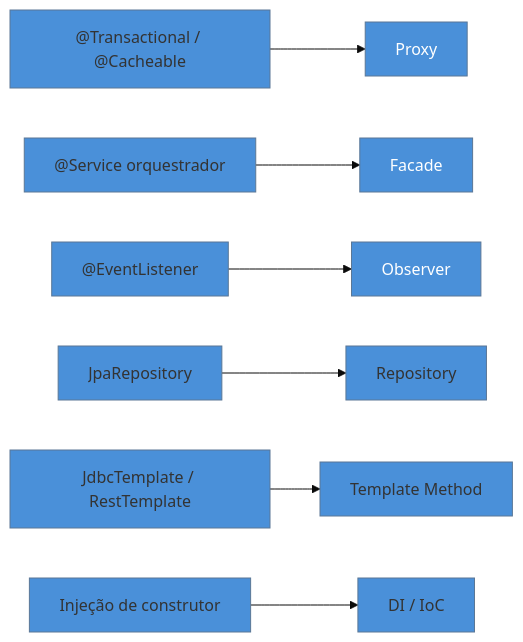
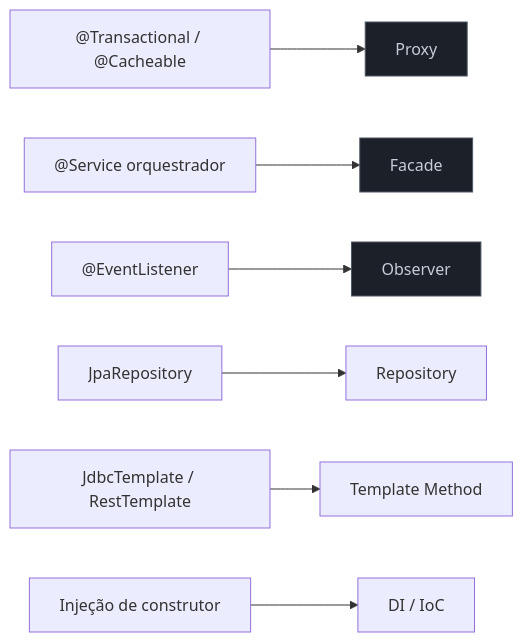
One commit to josenaldo/codex-technomanticus changed the diagram in 03-Dominios/Engenharia/Design de Software/Padrões de Projeto/Clássicos (GoF)/22 - Reconhecer GoF nos frameworks.md. Above: the diagram before and after it, drawn with Mermaid. The commit also changed 1181 other files, not shown here.

First line of the commit message:
fix(diagramas): paleta do sistema no lugar de cor cravada no markdown

````diff
--- a/03-Dominios/Engenharia/Design de Software/Padrões de Projeto/Clássicos (GoF)/22 - Reconhecer GoF nos frameworks.md
+++ b/03-Dominios/Engenharia/Design de Software/Padrões de Projeto/Clássicos (GoF)/22 - Reconhecer GoF nos frameworks.md
@@ -32,14 +32,14 @@
 ```mermaid
-%%{init: {"theme": "base", "themeVariables": {"primaryColor": "#4A90D9"}}}%%
 graph LR
+    classDef neutro fill:#1B2029,stroke:#4E5666,color:#C6CCD8
     T["@Transactional / @Cacheable"] --> Proxy
     S["@Service orquestrador"] --> Facade
     E["@EventListener"] --> Observer
     R["JpaRepository"] --> Repository
     J["JdbcTemplate / RestTemplate"] --> TemplateMethod["Template Method"]
     D["Injeção de construtor"] --> IoC["DI / IoC"]
 
-    style Proxy fill:#4A90D9,color:#fff
-    style Facade fill:#4A90D9,color:#fff
-    style Observer fill:#4A90D9,color:#fff
+    class Proxy neutro
+    class Facade neutro
+    class Observer neutro
 ```
````
